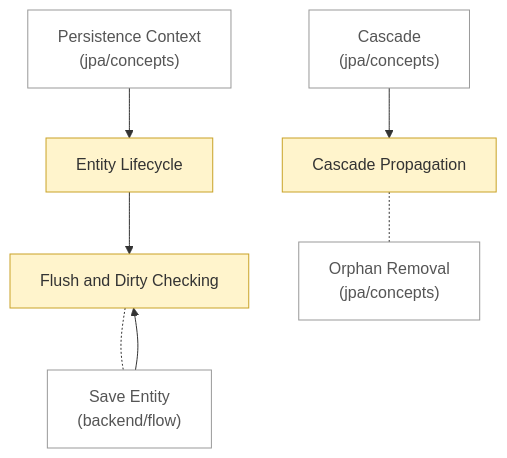
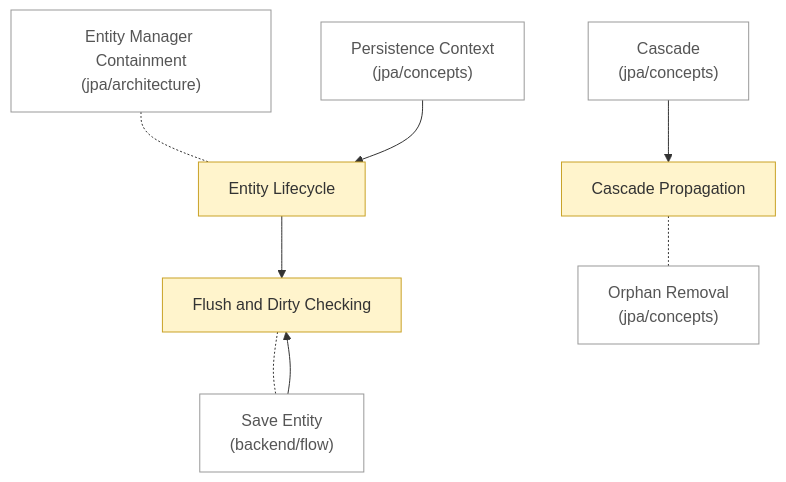
One commit to Pizza-Mozzarella/self-learning changed the diagram in notes/backend/jpa/flow/README.md. Above: the diagram before and after it, drawn with Mermaid. The commit also changed 44 other files, not shown here.

````diff
--- a/notes/backend/jpa/flow/README.md
+++ b/notes/backend/jpa/flow/README.md
@@ -6,20 +6,22 @@
 ```mermaid
 flowchart TD
     n0["Cascade Propagation"]:::draft
     n1["Entity Lifecycle"]:::draft
     n2["Flush and Dirty Checking"]:::draft
     n3["Save Entity<br/>(backend/flow)"]:::ext
-    n4["Cascade<br/>(jpa/concepts)"]:::ext
-    n5["Orphan Removal<br/>(jpa/concepts)"]:::ext
-    n6["Persistence Context<br/>(jpa/concepts)"]:::ext
+    n4["Entity Manager Containment<br/>(jpa/architecture)"]:::ext
+    n5["Cascade<br/>(jpa/concepts)"]:::ext
+    n6["Orphan Removal<br/>(jpa/concepts)"]:::ext
+    n7["Persistence Context<br/>(jpa/concepts)"]:::ext
     n3 --> n2
-    n4 --> n0
-    n6 --> n1
-    n0 -.- n5
+    n4 -.- n1
+    n5 --> n0
+    n7 --> n1
+    n0 -.- n6
     n1 --> n2
     n2 -.- n3
     classDef stub fill:#eeeeee,stroke:#999999,stroke-dasharray:4 3,color:#555555
     classDef draft fill:#fff4cc,stroke:#c9a227,color:#333333
     classDef ok fill:#d8f0dc,stroke:#3a9d5d,color:#222222
     classDef ext fill:#ffffff,stroke:#999999,color:#555555
 ```
````
